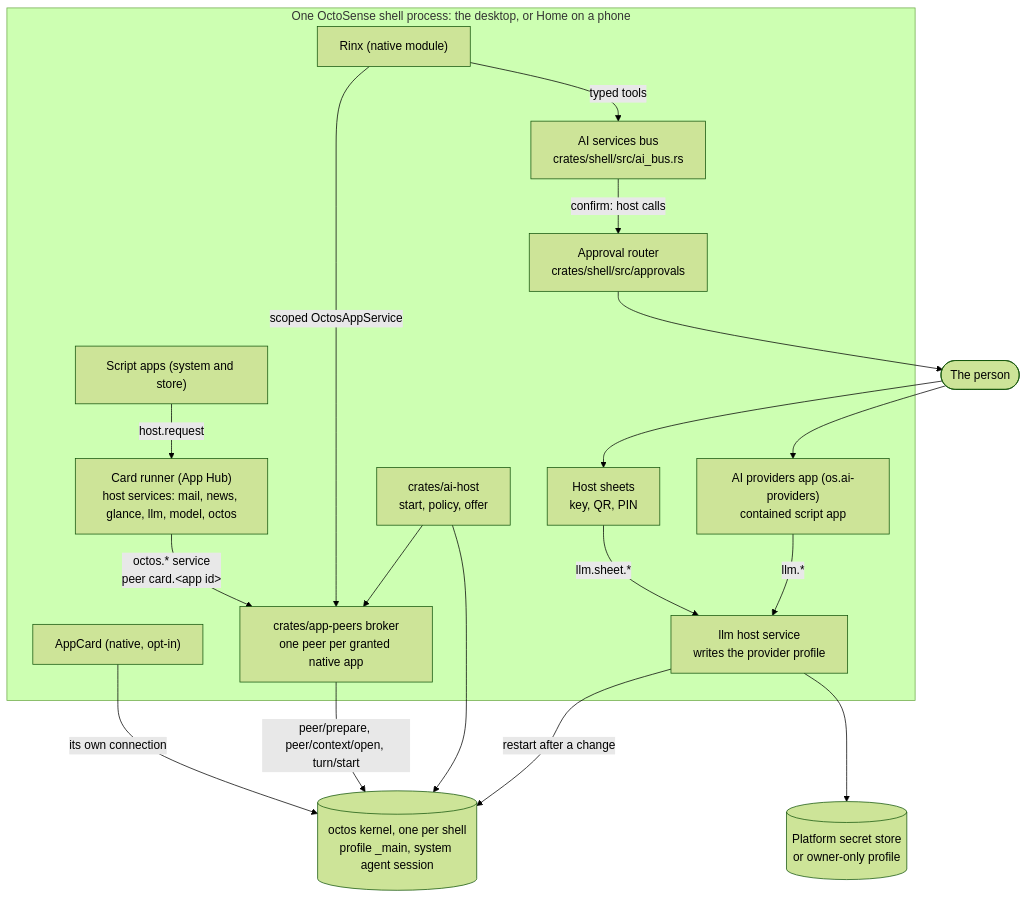
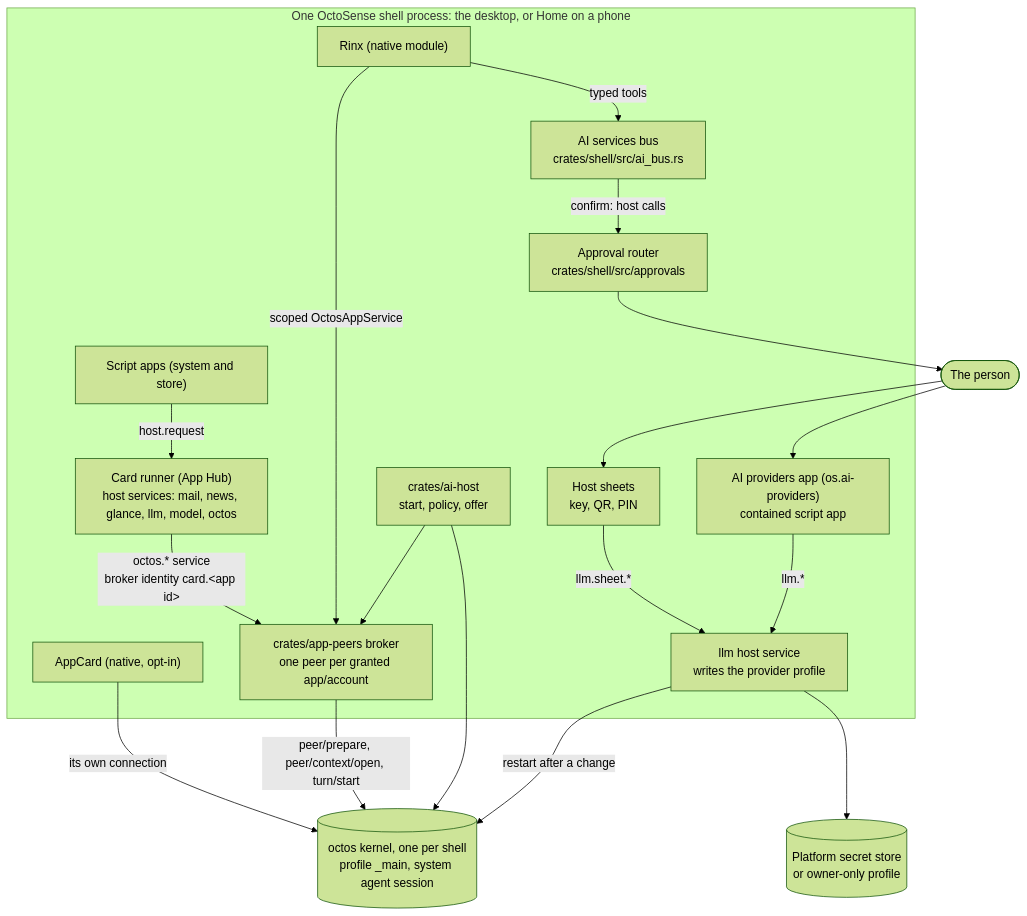
One commit to OctoSense-org/OctoSense changed the diagram in docs/ai-services.md. Above: the diagram before and after it, drawn with Mermaid (forest theme). The commit also changed other lines of this file and 1 other file, not shown here.

````diff
--- a/docs/ai-services.md
+++ b/docs/ai-services.md
@@ -42,35 +44,35 @@
 ```mermaid
 flowchart TB
   person(["The person"])
   subgraph shell["One OctoSense shell process: the desktop, or Home on a phone"]
     providers["AI providers app (os.ai-providers)<br/>contained script app"]
     sheet["Host sheets<br/>key, QR, PIN"]
     llm["llm host service<br/>writes the provider profile"]
     aihost["crates/ai-host<br/>start, policy, offer"]
-    broker["crates/app-peers broker<br/>one peer per granted native app"]
+    broker["crates/app-peers broker<br/>one peer per granted app/account"]
     runner["Card runner (App Hub)<br/>host services: mail, news, glance, llm, model, octos"]
     router["Approval router<br/>crates/shell/src/approvals"]
     bus["AI services bus<br/>crates/shell/src/ai_bus.rs"]
     rinx["Rinx (native module)"]
     appcard["AppCard (native, opt-in)"]
     scripts["Script apps (system and store)"]
   end
   vault[("Platform secret store<br/>or owner-only profile")]
   kernel[("octos kernel, one per shell<br/>profile _main, system agent session")]
   person --> providers
   person --> sheet
   providers -- "llm.*" --> llm
   sheet -- "llm.sheet.*" --> llm
   llm --> vault
   llm -- "restart after a change" --> kernel
   aihost --> kernel
   aihost --> broker
   broker -- "peer/prepare, peer/context/open, turn/start" --> kernel
   rinx -- "scoped OctosAppService" --> broker
   appcard -- "its own connection" --> kernel
   scripts -- "host.request" --> runner
-  runner -- "octos.* service<br/>peer card.&lt;app id&gt;" --> broker
+  runner -- "octos.* service<br/>broker identity card.&lt;app id&gt;" --> broker
   rinx -- "typed tools" --> bus
   bus -- "confirm: host calls" --> router
   router --> person
 ```
````
